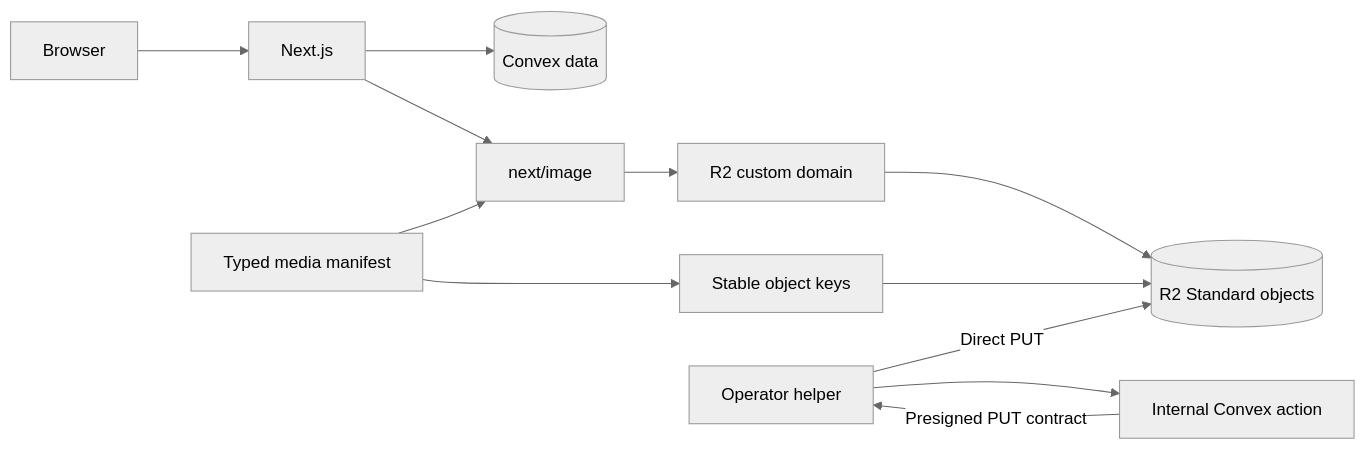
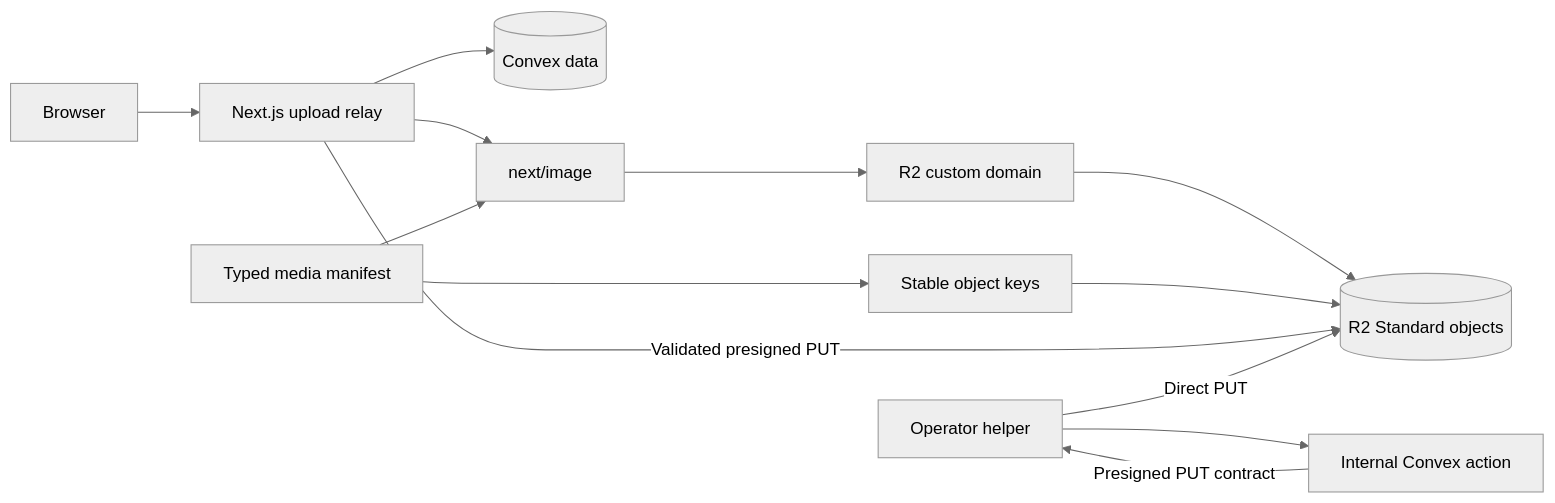
The diagram in docs/R2-RESEARCH.md (English-Club-Jambi/website), drawn with Mermaid (neutral theme) before and after one commit. The commit also changed other lines of this file and 215 other files, not shown here.

````diff
--- a/docs/R2-RESEARCH.md
+++ b/docs/R2-RESEARCH.md
@@ -23,14 +23,15 @@
 ```mermaid
 flowchart LR
-  B["Browser"] --> N["Next.js"]
+  B["Browser"] --> N["Next.js upload relay"]
   N --> C[("Convex data")]
   N --> I["next/image"]
   I --> D["R2 custom domain"]
   D --> R[("R2 Standard objects")]
   K["Typed media manifest"] --> I
   K --> O["Stable object keys"]
   O --> R
+  N -->|"Validated presigned PUT"| R
   H["Operator helper"] --> A["Internal Convex action"]
   A -->|"Presigned PUT contract"| H
   H -->|"Direct PUT"| R
 ```
````
